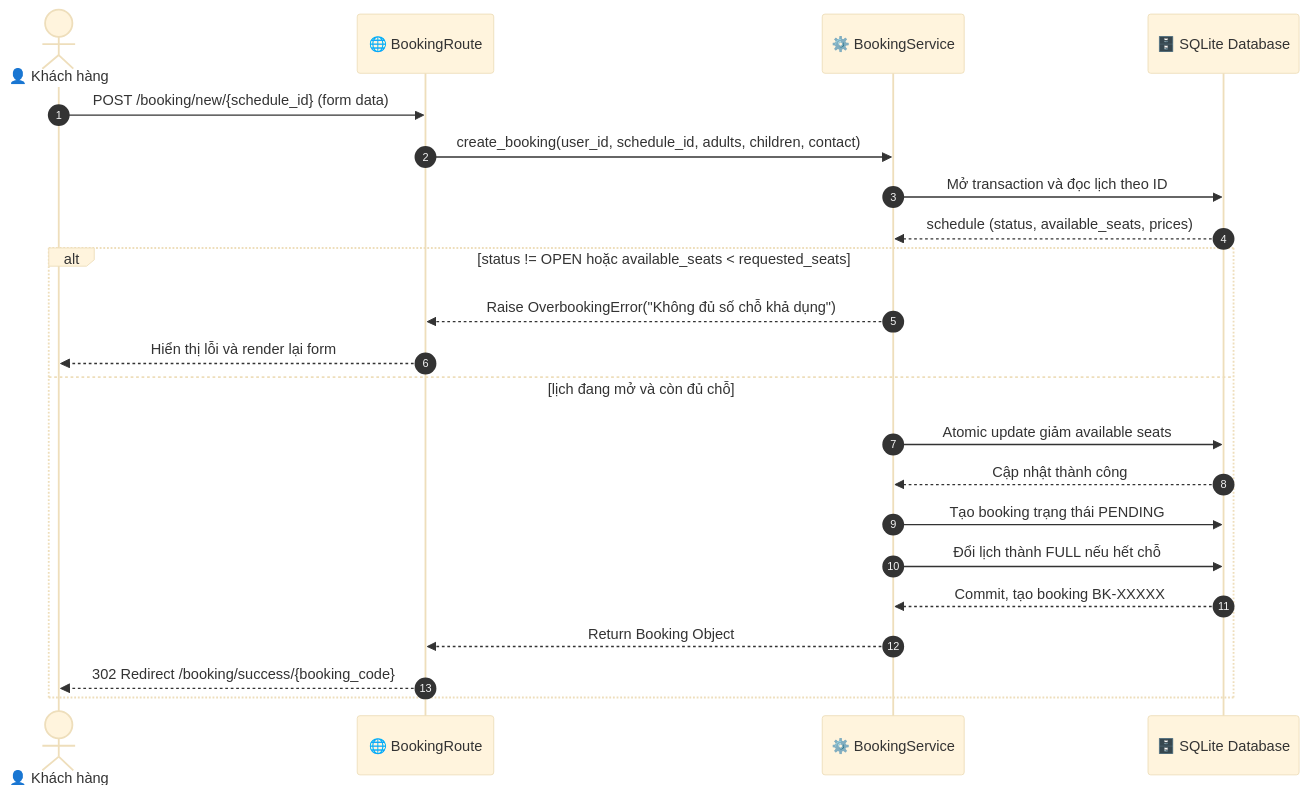
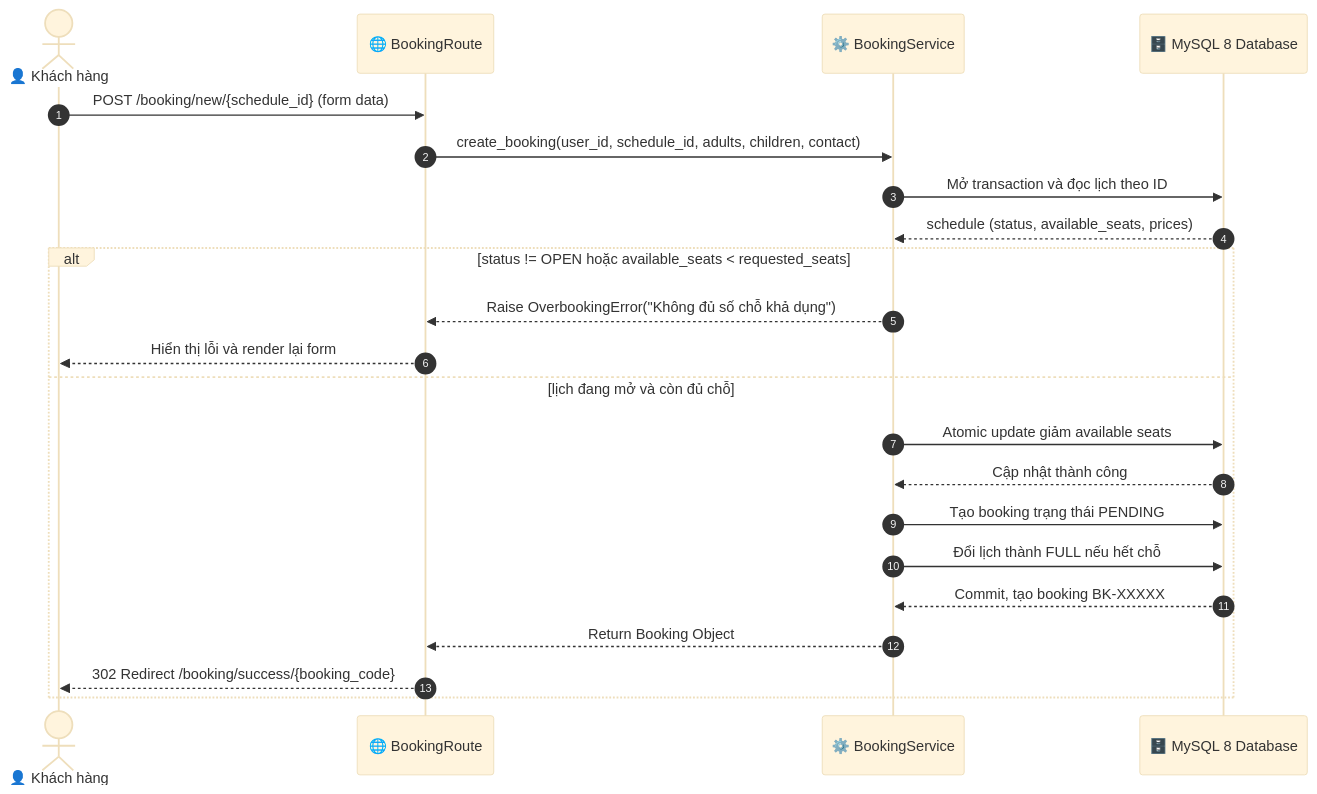
One commit to dtc245220010ictu/Tour_AI changed the fourth of 7 diagrams in docs/uml-diagrams.md. Above: the diagram before and after it, drawn with Mermaid (base theme). The commit also changed other lines of this file and 22 other files, not shown here.

````diff
--- a/docs/uml-diagrams.md
+++ b/docs/uml-diagrams.md
@@ -444,26 +444,26 @@
 ```mermaid
 sequenceDiagram
     autonumber
     actor Customer as 👤 Khách hàng
     participant Route as 🌐 BookingRoute
     participant Service as ⚙️ BookingService
-    participant DB as 🗄️ SQLite Database
+    participant DB as 🗄️ MySQL 8 Database
 
     Customer->>Route: POST /booking/new/{schedule_id} (form data)
     Route->>Service: create_booking(user_id, schedule_id, adults, children, contact)
     Service->>DB: Mở transaction và đọc lịch theo ID
     DB-->>Service: schedule (status, available_seats, prices)
 
     alt status != OPEN hoặc available_seats < requested_seats
         Service-->>Route: Raise OverbookingError("Không đủ số chỗ khả dụng")
         Route-->>Customer: Hiển thị lỗi và render lại form
     else lịch đang mở và còn đủ chỗ
         Service->>DB: Atomic update giảm available seats
         DB-->>Service: Cập nhật thành công
         Service->>DB: Tạo booking trạng thái PENDING
         Service->>DB: Đổi lịch thành FULL nếu hết chỗ
         DB-->>Service: Commit, tạo booking BK-XXXXX
         Service-->>Route: Return Booking Object
         Route-->>Customer: 302 Redirect /booking/success/{booking_code}
     end
 ```
````
